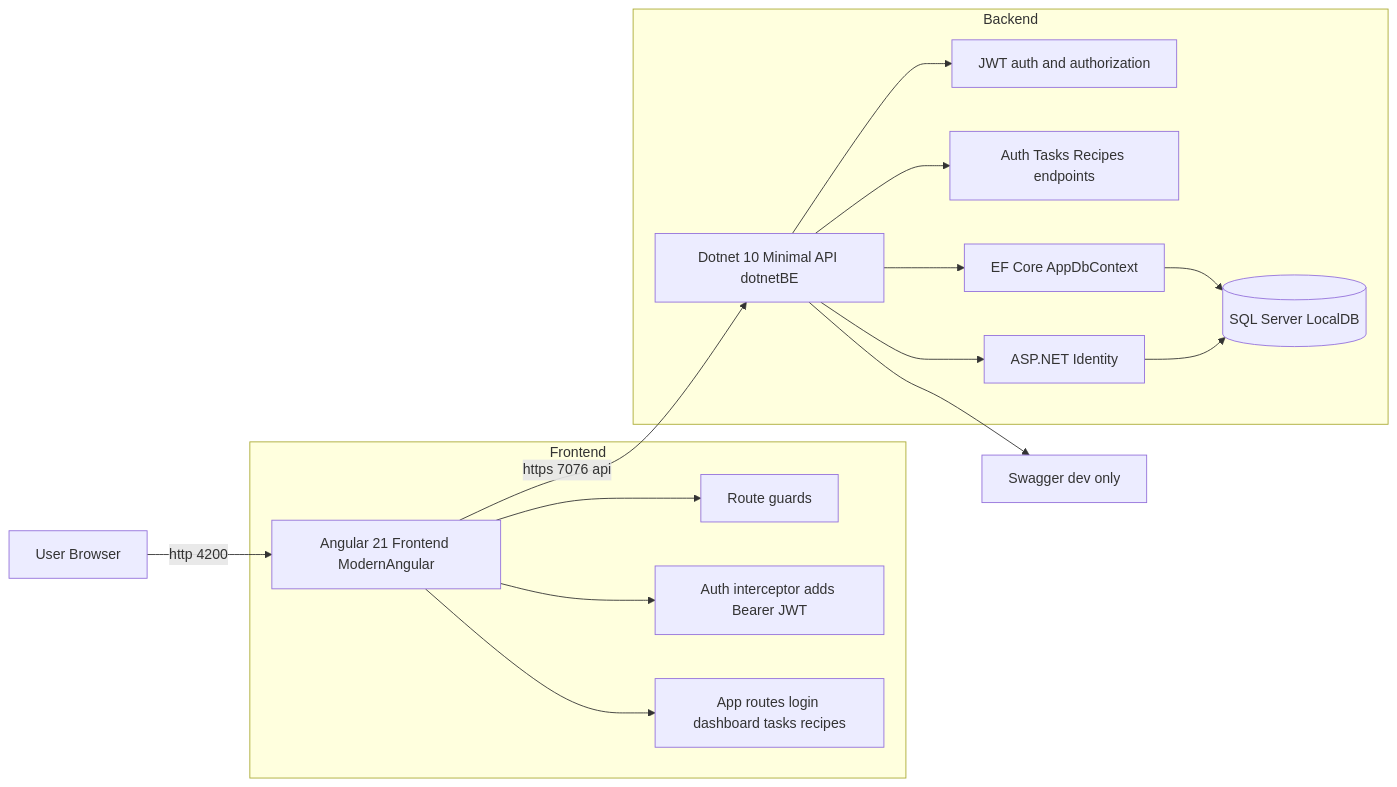
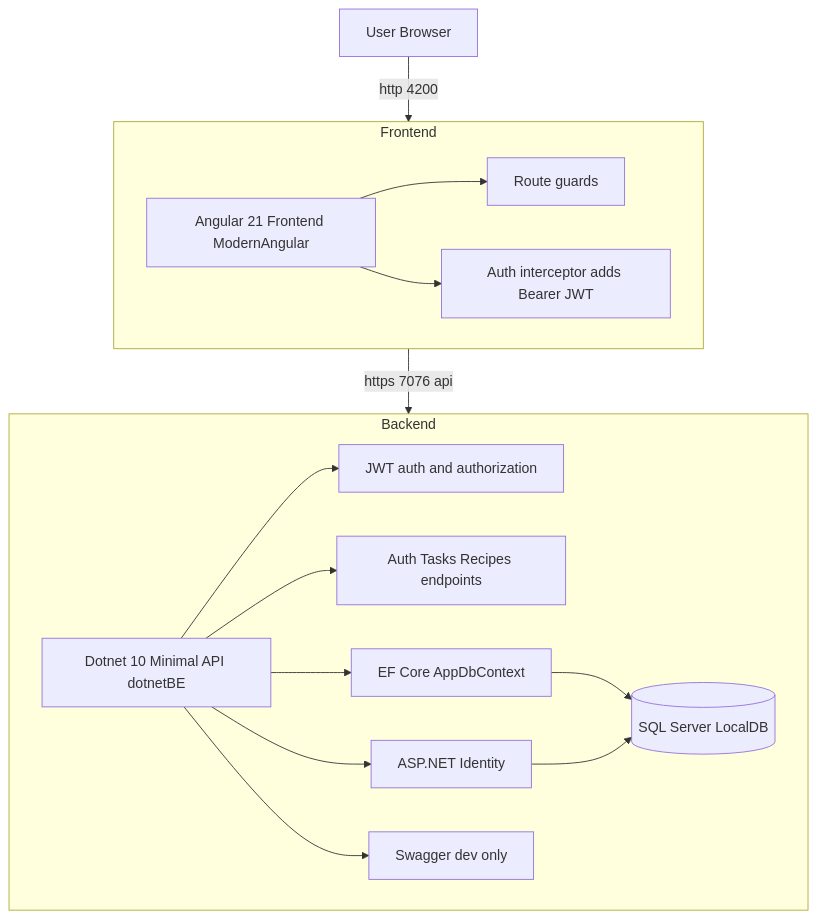
The diagram in README.md (24-KGC/IntershipDotNetAngular), drawn with Mermaid before and after one commit.

Commit message:
Revise diagram for authentication flow in README
Updated the diagram to reflect changes in the authentication flow and removed redundant lines.

````diff
--- a/README.md
+++ b/README.md
@@ -7,23 +7,23 @@
 ```mermaid
-flowchart LR
+flowchart TB
   U[User Browser] -->|http 4200| SPA[Angular 21 Frontend ModernAngular]
 
   subgraph FE[Frontend]
+    direction LR
     SPA --> GUARDS[Route guards]
-    SPA --> INTERCEPTOR[Auth interceptor adds Bearer JWT]
-    SPA --> ROUTES[App routes login dashboard tasks recipes]
+    SPA --> INT[Auth interceptor adds Bearer JWT]
   end
 
   SPA -->|https 7076 api| API[Dotnet 10 Minimal API dotnetBE]
 
   subgraph BE[Backend]
+    direction LR
     API --> AUTHMW[JWT auth and authorization]
     API --> EP[Auth Tasks Recipes endpoints]
     API --> EF[EF Core AppDbContext]
     API --> ID[ASP.NET Identity]
     EF --> DB[(SQL Server LocalDB)]
     ID --> DB
+    API --> SWAGGER[Swagger dev only]
   end
-
-  API --> SWAGGER[Swagger dev only]
 ```
````
